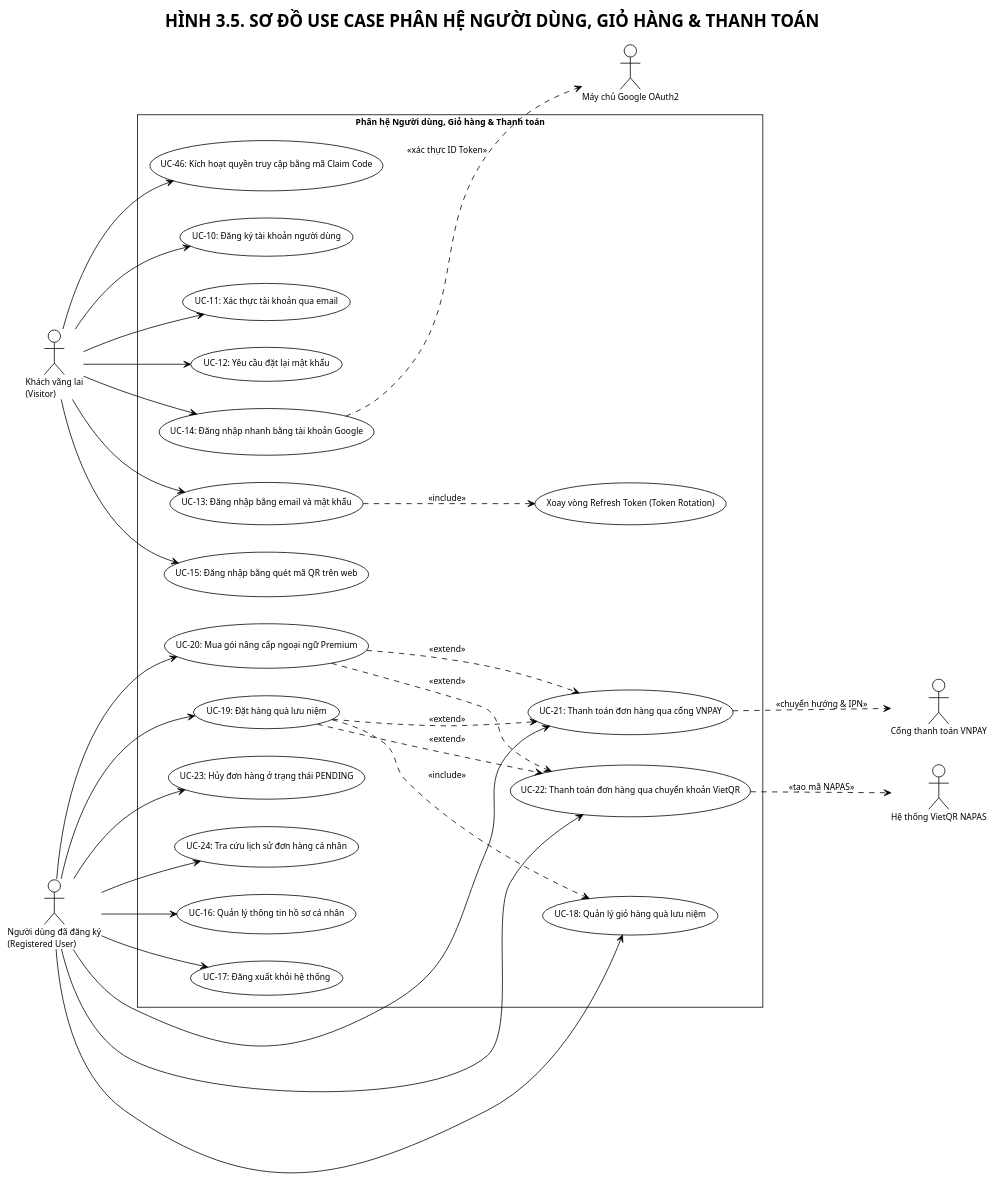
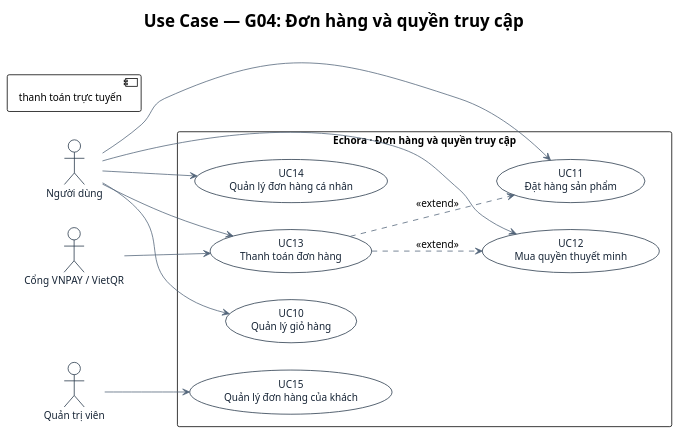
Before and after one commit to congtinh06/Nhom3_CNPM: the diagram in docs/diagrams/usecase-user-order.puml, drawn with PlantUML. The commit also changed 68 other files, not shown here.

```diff
--- a/docs/diagrams/usecase-user-order.puml
+++ b/docs/diagrams/usecase-user-order.puml
@@ -1,82 +1,44 @@
 @startuml
 !theme plain
-skinparam defaultFontName "Times New Roman"
-skinparam defaultFontSize 11
-skinparam monochrome true
 skinparam shadowing false
-skinparam roundCorner 0
+skinparam backgroundColor white
 skinparam packageStyle rectangle
-skinparam handwritten false
-skinparam ArrowColor #000000
-skinparam ActorBorderColor #000000
-skinparam ComponentBorderColor #000000
-skinparam DatabaseBorderColor #000000
-skinparam InterfaceBorderColor #000000
-skinparam ParticipantBorderColor #000000
-skinparam SequenceLifeLineBorderColor #000000
-skinparam UsecaseBorderColor #000000
-skinparam StateBorderColor #000000
-skinparam ClassBorderColor #000000
-
-title HÌNH 3.5. SƠ ĐỒ USE CASE PHÂN HỆ NGƯỜI DÙNG, GIỎ HÀNG & THANH TOÁN
-
+skinparam usecase {
+  BackgroundColor white
+  BorderColor #26374A
+  FontColor #172536
+}
+skinparam actor {
+  BorderColor #26374A
+  FontColor #172536
+}
+skinparam ArrowColor #52657A
+skinparam defaultFontName "Arial"
+skinparam defaultFontSize 13
 left to right direction
 
-actor "Khách vãng lai\n(Visitor)" as Visitor
-actor "Người dùng đã đăng ký\n(Registered User)" as RegUser
-actor "Cổng thanh toán VNPAY" as VNPAY
-actor "Hệ thống VietQR NAPAS" as VietQR
-actor "Máy chủ Google OAuth2" as Google
+title Use Case — G04: Đơn hàng và quyền truy cập
+actor "Người dùng" as User
+actor "Quản trị viên" as Admin
+actor "Cổng VNPAY / VietQR" as Pay
 
-rectangle "Phân hệ Người dùng, Giỏ hàng & Thanh toán" {
-  usecase "UC-10: Đăng ký tài khoản người dùng" as UC10
-  usecase "UC-11: Xác thực tài khoản qua email" as UC11
-  usecase "UC-12: Yêu cầu đặt lại mật khẩu" as UC12
-  usecase "UC-13: Đăng nhập bằng email và mật khẩu" as UC13
-  usecase "UC-14: Đăng nhập nhanh bằng tài khoản Google" as UC14
-  usecase "UC-15: Đăng nhập bằng quét mã QR trên web" as UC15
-  usecase "UC-16: Quản lý thông tin hồ sơ cá nhân" as UC16
-  usecase "UC-17: Đăng xuất khỏi hệ thống" as UC17
-
-  usecase "UC-18: Quản lý giỏ hàng quà lưu niệm" as UC18
-  usecase "UC-19: Đặt hàng quà lưu niệm" as UC19
-  usecase "UC-20: Mua gói nâng cấp ngoại ngữ Premium" as UC20
-  usecase "UC-21: Thanh toán đơn hàng qua cổng VNPAY" as UC21
-  usecase "UC-22: Thanh toán đơn hàng qua chuyển khoản VietQR" as UC22
-  usecase "UC-23: Hủy đơn hàng ở trạng thái PENDING" as UC23
-  usecase "UC-24: Tra cứu lịch sử đơn hàng cá nhân" as UC24
-  usecase "UC-46: Kích hoạt quyền truy cập bằng mã Claim Code" as UC46
-
-  usecase "Xoay vòng Refresh Token (Token Rotation)" as TokenRotation
+rectangle "Echora · Đơn hàng và quyền truy cập" {
+  usecase "UC10\nQuản lý giỏ hàng" as UC10
+  usecase "UC11\nĐặt hàng sản phẩm" as UC11
+  usecase "UC12\nMua quyền thuyết minh" as UC12
+  usecase "UC13\nThanh toán đơn hàng" as UC13
+  usecase "UC14\nQuản lý đơn hàng cá nhân" as UC14
+  usecase "UC15\nQuản lý đơn hàng của khách" as UC15
 }
-
-Visitor --> UC10
-Visitor --> UC11
-Visitor --> UC12
-Visitor --> UC13
-Visitor --> UC14
-Visitor --> UC15
-Visitor --> UC46
-
-RegUser --> UC16
-RegUser --> UC17
-RegUser --> UC18
-RegUser --> UC19
-RegUser --> UC20
-RegUser --> UC21
-RegUser --> UC22
-RegUser --> UC23
-RegUser --> UC24
-
-UC14 ..> Google : <<xác thực ID Token>>
-UC21 ..> VNPAY : <<chuyển hướng & IPN>>
-UC22 ..> VietQR : <<tạo mã NAPAS>>
-
-UC13 ..> TokenRotation : <<include>>
-UC19 ..> UC18 : <<include>>
-UC19 ..> UC21 : <<extend>>
-UC19 ..> UC22 : <<extend>>
-UC20 ..> UC21 : <<extend>>
-UC20 ..> UC22 : <<extend>>
-
+User --> UC10
+User --> UC11
+User --> UC12
+User --> UC13
+Pay --> UC13
+User --> UC14
+Admin --> UC15
+UC13 ..> UC11 : <<extend>>
+[thanh toán trực tuyến]
+UC13 ..> UC12 : <<extend>>
+[thanh toán trực tuyến]
 @enduml
```
